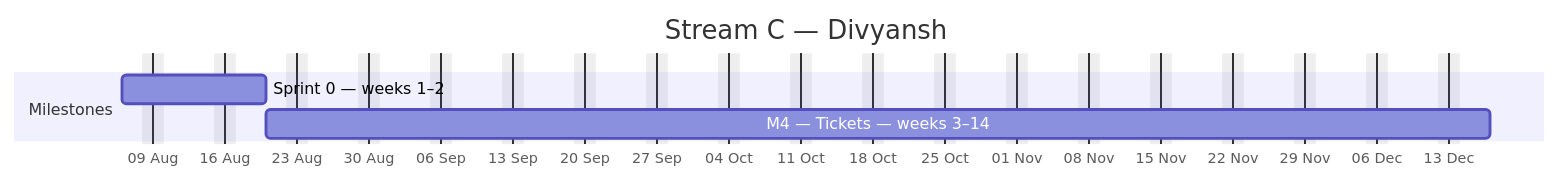
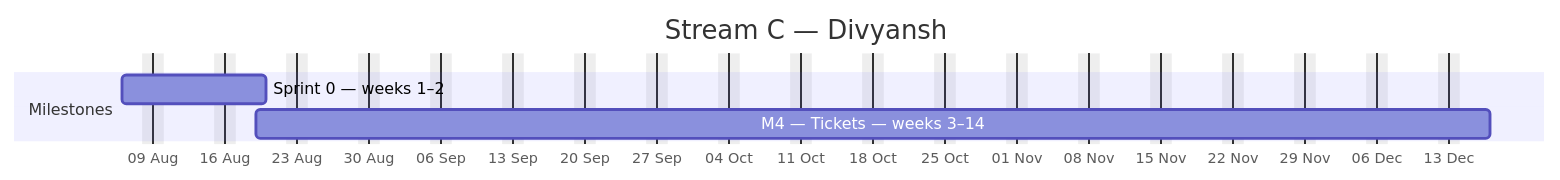
Before and after one commit to debashisedunext/EduTrack: the third of 4 diagrams in docs/plan/GANTT.md, drawn with Mermaid. The commit also changed other lines of this file and 3 other files, not shown here.

````diff
--- a/docs/plan/GANTT.md
+++ b/docs/plan/GANTT.md
@@ -142,10 +141,10 @@
 ```mermaid
 gantt
     dateFormat YYYY-MM-DD
     axisFormat %d %b
     title Stream C — Divyansh
     excludes weekends
     section Milestones
     Sprint 0 — weeks 1–2 :c0, 2026-08-06, 10d
-    M4 — Tickets — weeks 3–14 :c1, 2026-08-20, 85d
+    M4 — Tickets — weeks 3–14 :c1, 2026-08-19, 86d
 ```
````
